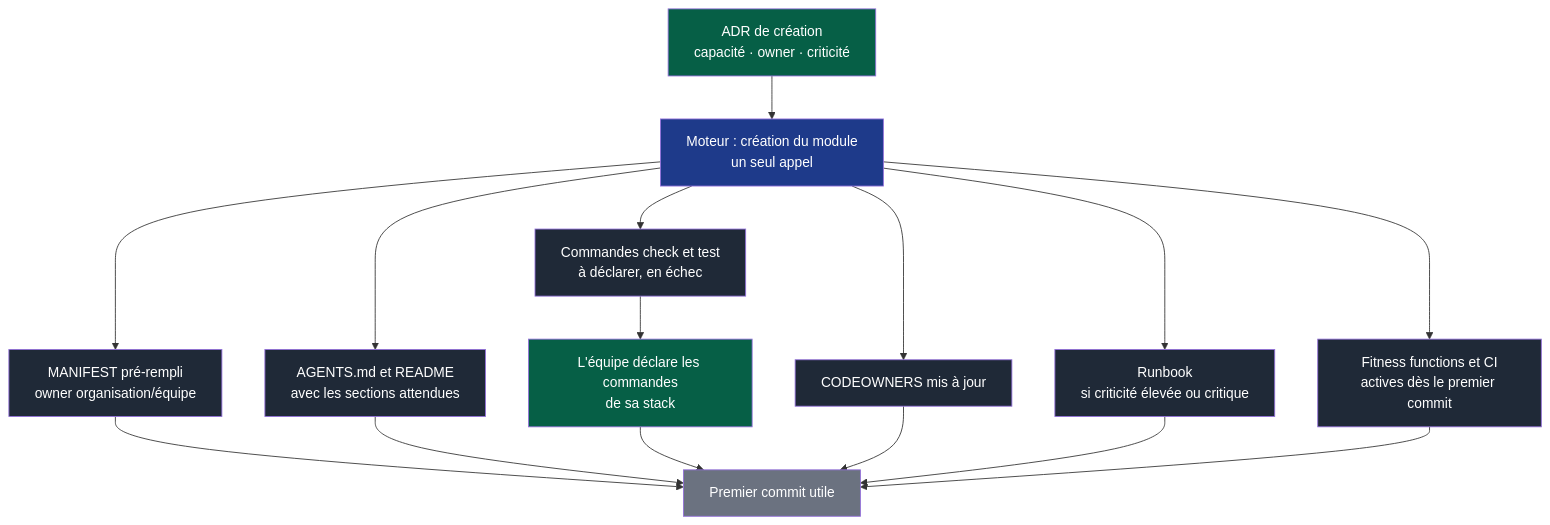
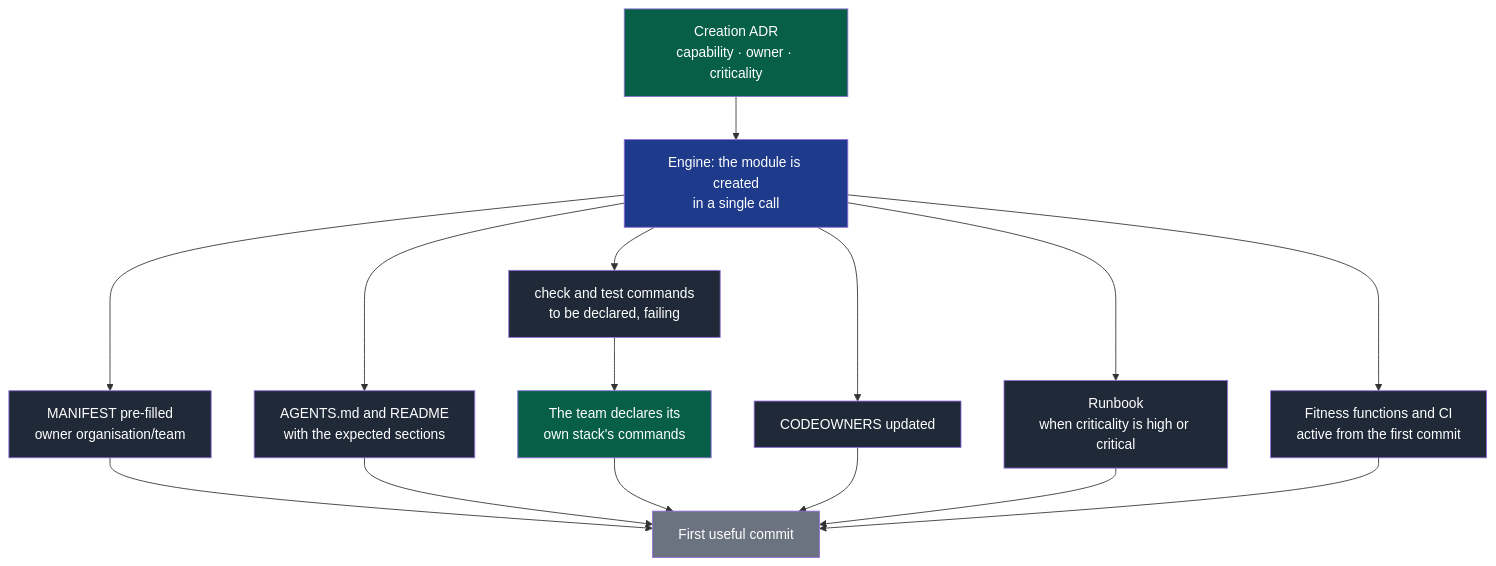
The second of 2 diagrams in skeleton/docs/os/09-platform.md (NapkinStack/engineering-os), drawn with Mermaid before and after one commit. The commit also changed other lines of this file, not shown here.

````diff
--- a/skeleton/docs/os/09-platform.md
+++ b/skeleton/docs/os/09-platform.md
@@ -143,22 +143,22 @@
 ```mermaid
 flowchart TD
-    A["ADR de création<br/>capacité · owner · criticité"]:::humain --> B["Moteur : création du module<br/>un seul appel"]:::moteur
-    B --> C1["MANIFEST pré-rempli<br/>owner organisation/équipe"]:::genere
-    B --> C2["AGENTS.md et README<br/>avec les sections attendues"]:::genere
-    B --> C3["Commandes check et test<br/>à déclarer, en échec"]:::genere
-    B --> C4["CODEOWNERS mis à jour"]:::genere
-    B --> C5["Runbook<br/>si criticité élevée ou critique"]:::genere
-    B --> C6["Fitness functions et CI<br/>actives dès le premier commit"]:::genere
-    C3 --> E["L'équipe déclare les commandes<br/>de sa stack"]:::humain
-    C1 --> D["Premier commit utile"]:::fin
+    A["Creation ADR<br/>capability · owner · criticality"]:::human --> B["Engine: the module is created<br/>in a single call"]:::engine
+    B --> C1["MANIFEST pre-filled<br/>owner organisation/team"]:::generated
+    B --> C2["AGENTS.md and README<br/>with the expected sections"]:::generated
+    B --> C3["check and test commands<br/>to be declared, failing"]:::generated
+    B --> C4["CODEOWNERS updated"]:::generated
+    B --> C5["Runbook<br/>when criticality is high or critical"]:::generated
+    B --> C6["Fitness functions and CI<br/>active from the first commit"]:::generated
+    C3 --> E["The team declares its<br/>own stack's commands"]:::human
+    C1 --> D["First useful commit"]:::done
     C2 --> D
     E --> D
     C4 --> D
     C5 --> D
     C6 --> D
 
-    classDef humain fill:#065f46,color:#fff
-    classDef moteur fill:#1e3a8a,color:#fff
-    classDef genere fill:#1f2937,color:#fff
-    classDef fin fill:#6b7280,color:#fff
+    classDef human fill:#065f46,color:#fff
+    classDef engine fill:#1e3a8a,color:#fff
+    classDef generated fill:#1f2937,color:#fff
+    classDef done fill:#6b7280,color:#fff
 ```
````
